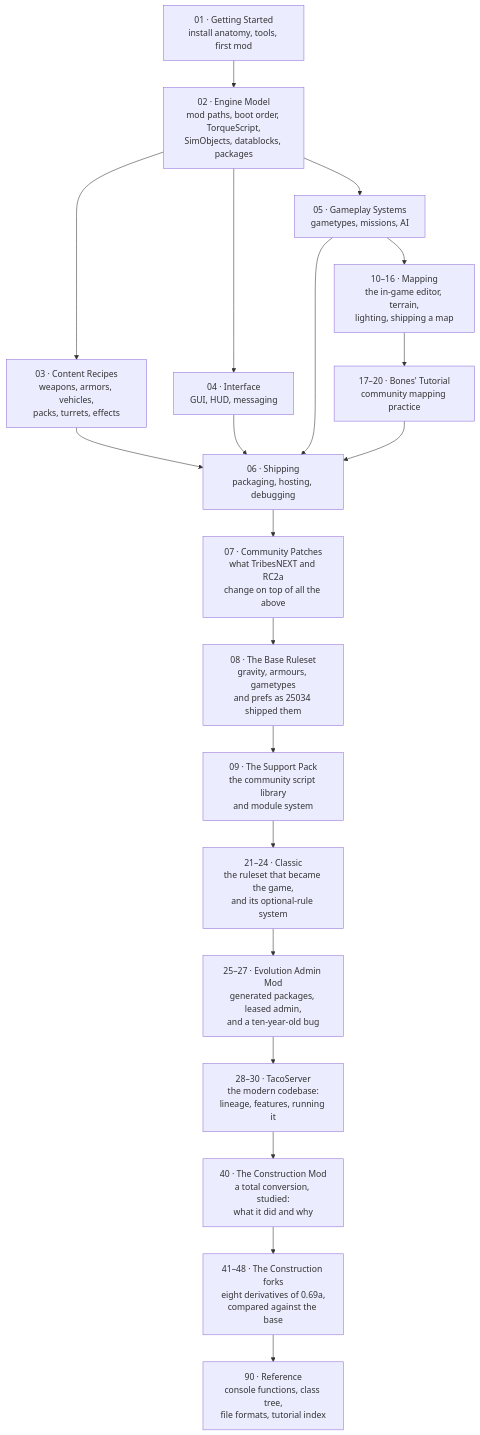
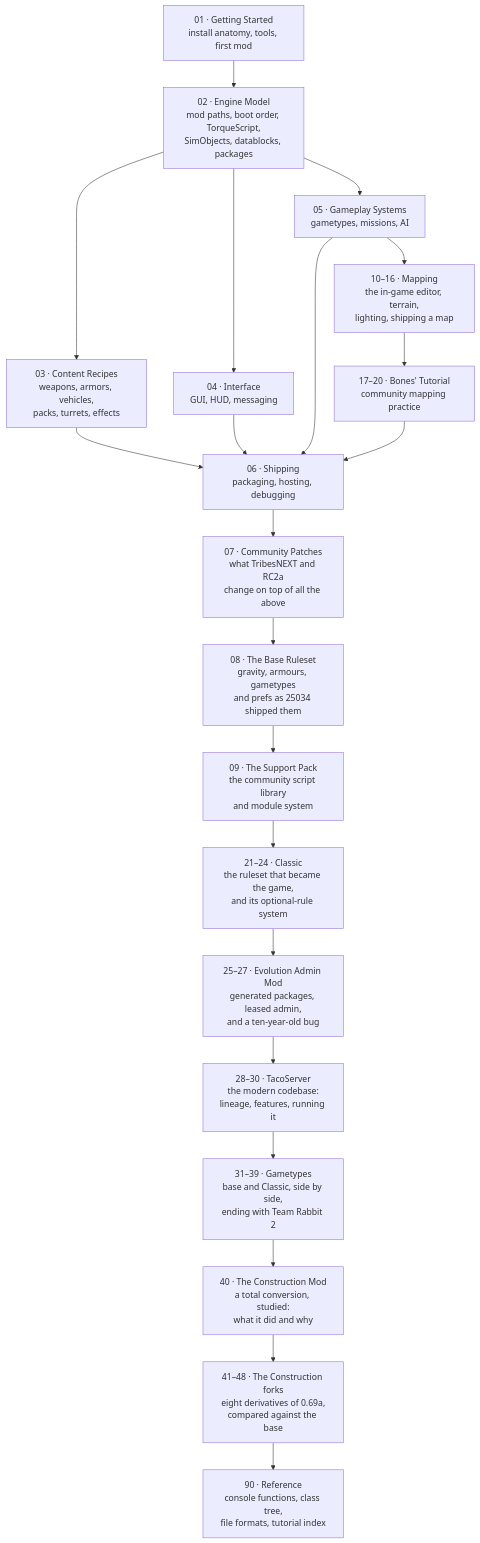
One commit to Tribes2-Community/mod-doc changed the diagram in README.md. Above: the diagram before and after it, drawn with Mermaid. The commit also changed other lines of this file and 16 other files, not shown here.

First line of the commit message:
Add sections 31-39: gametypes, base and Classic; document the skiing/friction/momentum physics Classic quietly rewrote

````diff
--- a/README.md
+++ b/README.md
@@ -68,22 +68,23 @@
 ```mermaid
 flowchart TD
     A["01 · Getting Started<br/>install anatomy, tools, first mod"] --> B["02 · Engine Model<br/>mod paths, boot order, TorqueScript,<br/>SimObjects, datablocks, packages"]
     B --> C["03 · Content Recipes<br/>weapons, armors, vehicles,<br/>packs, turrets, effects"]
     B --> D["04 · Interface<br/>GUI, HUD, messaging"]
     B --> E["05 · Gameplay Systems<br/>gametypes, missions, AI"]
     C --> F["06 · Shipping<br/>packaging, hosting, debugging"]
     D --> F
     E --> F
     E --> MAP["10–16 · Mapping<br/>the in-game editor, terrain,<br/>lighting, shipping a map"]
     MAP --> BONES["17–20 · Bones' Tutorial<br/>community mapping practice"]
     BONES --> F
     F --> P["07 · Community Patches<br/>what TribesNEXT and RC2a<br/>change on top of all the above"]
     P --> BR["08 · The Base Ruleset<br/>gravity, armours, gametypes<br/>and prefs as 25034 shipped them"]
     BR --> S["09 · The Support Pack<br/>the community script library<br/>and module system"]
     S --> CL["21–24 · Classic<br/>the ruleset that became the game,<br/>and its optional-rule system"]
     CL --> EV["25–27 · Evolution Admin Mod<br/>generated packages, leased admin,<br/>and a ten-year-old bug"]
     EV --> TS["28–30 · TacoServer<br/>the modern codebase:<br/>lineage, features, running it"]
-    TS --> M["40 · The Construction Mod<br/>a total conversion, studied:<br/>what it did and why"]
+    TS --> GT["31–39 · Gametypes<br/>base and Classic, side by side,<br/>ending with Team Rabbit 2"]
+    GT --> M["40 · The Construction Mod<br/>a total conversion, studied:<br/>what it did and why"]
     M --> FK["41–48 · The Construction forks<br/>eight derivatives of 0.69a,<br/>compared against the base"]
     FK --> G["90 · Reference<br/>console functions, class tree,<br/>file formats, tutorial index"]
 ```
````
